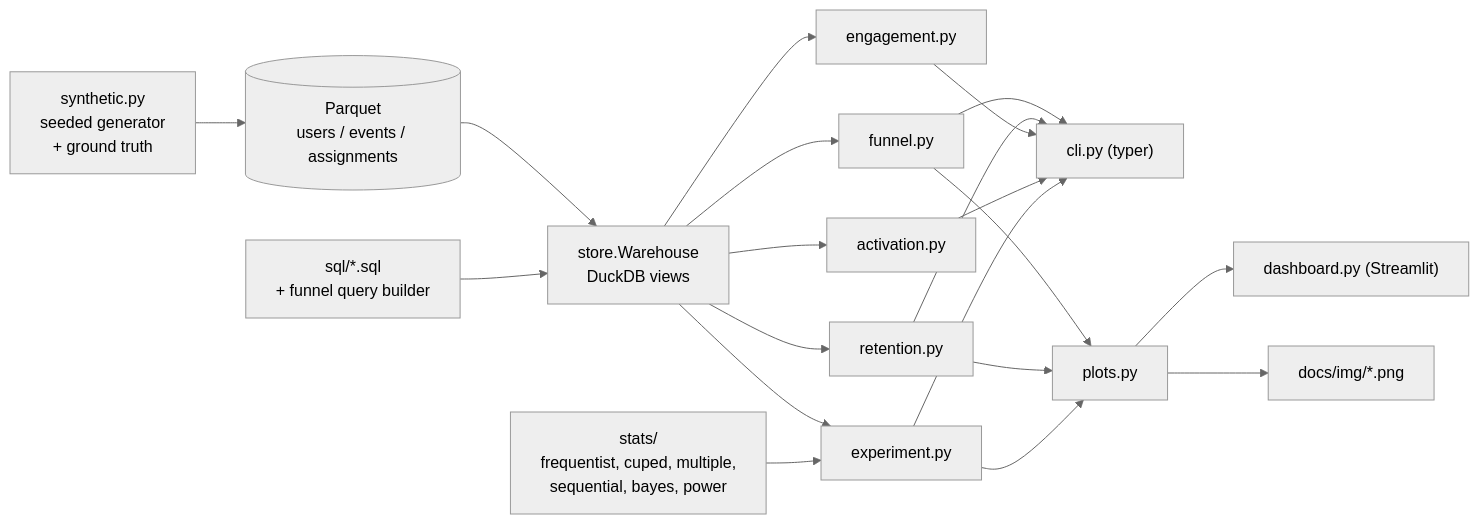
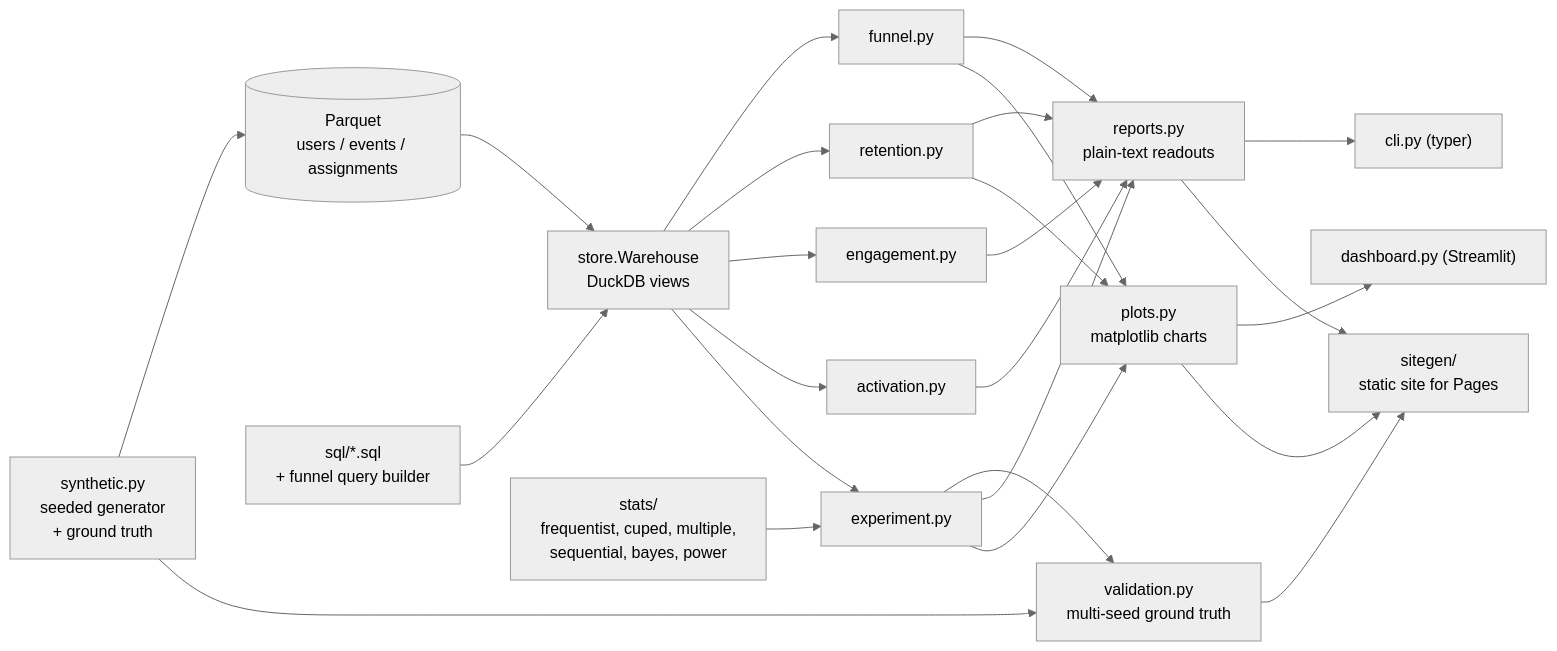
One commit to seanmcrae/plg-metrics changed the diagram in README.md. Above: the diagram before and after it, drawn with Mermaid (neutral theme). The commit also changed 17 other files, not shown here.

Commit message:
Add plg site: a static site built from live analysis output, with a rendered architecture diagram

````diff
--- a/README.md
+++ b/README.md
@@ -142,22 +142,19 @@
 ```mermaid
 flowchart LR
     gen["synthetic.py<br/>seeded generator<br/>+ ground truth"] --> pq[("Parquet<br/>users / events / assignments")]
     pq --> wh["store.Warehouse<br/>DuckDB views"]
     sql["sql/*.sql<br/>+ funnel query builder"] --> wh
     wh --> fun["funnel.py"]
     wh --> ret["retention.py"]
     wh --> eng["engagement.py"]
     wh --> act["activation.py"]
     wh --> exp["experiment.py"]
     stats["stats/<br/>frequentist, cuped, multiple,<br/>sequential, bayes, power"] --> exp
-    fun --> cli["cli.py (typer)"]
-    ret --> cli
-    eng --> cli
-    act --> cli
-    exp --> cli
-    fun --> plots["plots.py"]
-    ret --> plots
-    exp --> plots
+    gen --> val["validation.py<br/>multi-seed ground truth"]
+    exp --> val
+    fun & ret & eng & act & exp --> rep["reports.py<br/>plain-text readouts"]
+    fun & ret & exp --> plots["plots.py<br/>matplotlib charts"]
+    rep --> cli["cli.py (typer)"]
     plots --> dash["dashboard.py (Streamlit)"]
-    plots --> img["docs/img/*.png"]
+    rep & plots & val --> site["sitegen/<br/>static site for Pages"]
 ```
````
